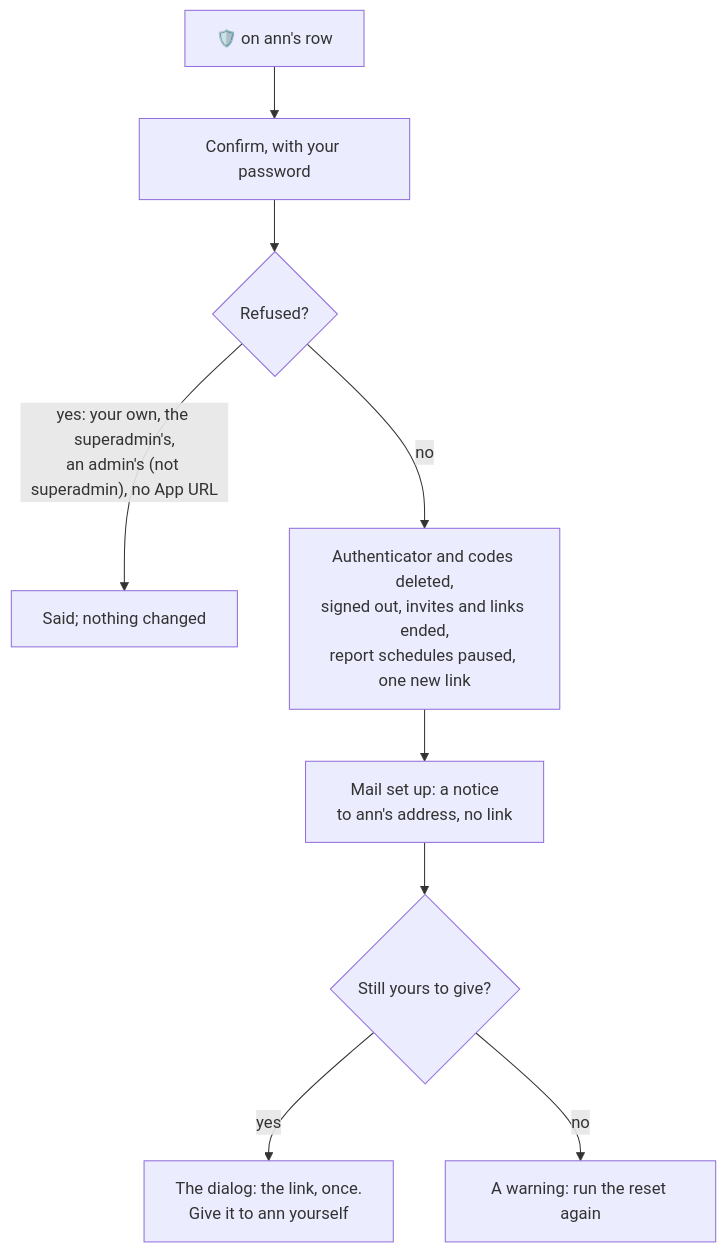
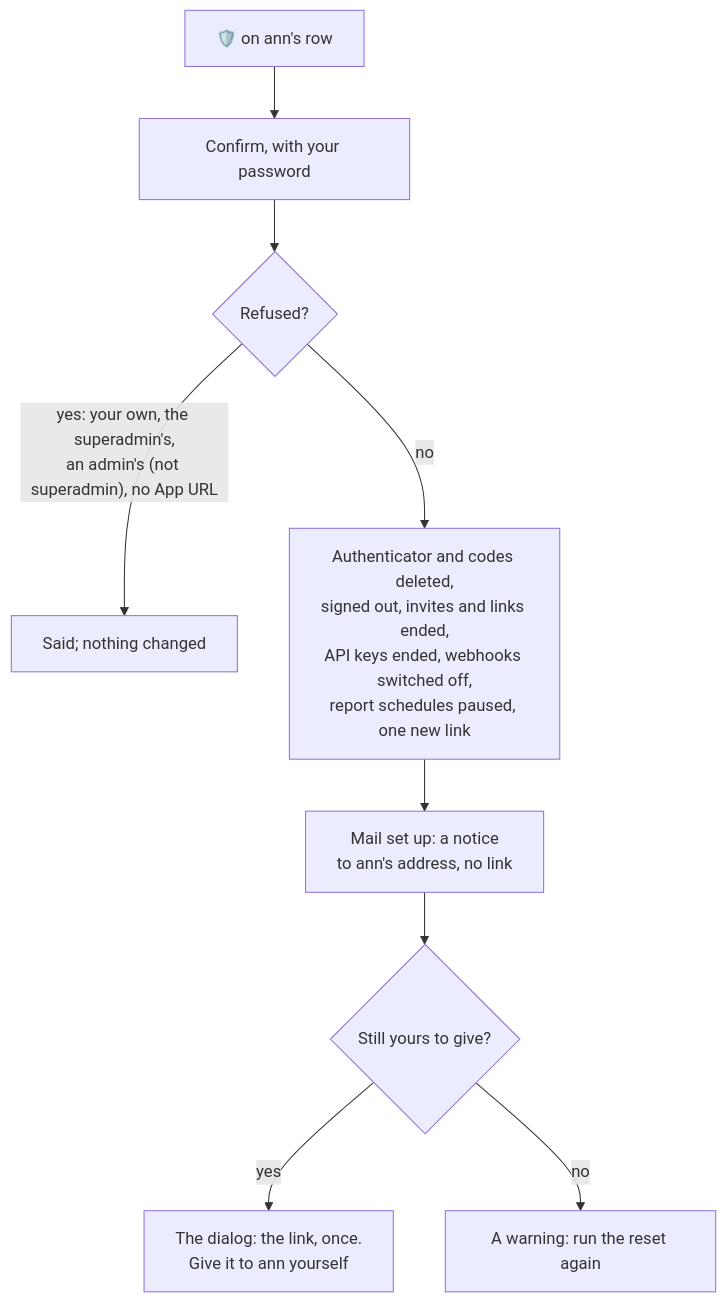
One commit to gitBoon/DumpFire changed the sixth of 22 diagrams in docs/admin-guide.md. Above: the diagram before and after it, drawn with Mermaid. The commit also changed other lines of this file and 29 other files, not shown here.

First line of the commit message:
feat!: an administrator's two-step reset ends the account's API keys and switches off its webhooks (2915)

````diff
--- a/docs/admin-guide.md
+++ b/docs/admin-guide.md
@@ -363,11 +366,11 @@
 ```mermaid
 flowchart TD
     Press["🛡️ on ann's row"] --> Ask["Confirm, with your password"]
     Ask --> Refused{"Refused?"}
     Refused -->|"yes: your own, the superadmin's,<br/>an admin's (not superadmin), no App URL"| Nothing["Said; nothing changed"]
-    Refused -->|"no"| Reset["Authenticator and codes deleted,<br/>signed out, invites and links ended,<br/>report schedules paused, one new link"]
+    Refused -->|"no"| Reset["Authenticator and codes deleted,<br/>signed out, invites and links ended,<br/>API keys ended, webhooks switched off,<br/>report schedules paused, one new link"]
     Reset --> Notice["Mail set up: a notice<br/>to ann's address, no link"]
     Notice --> Still{"Still yours to give?"}
     Still -->|"yes"| Dialog["The dialog: the link, once.<br/>Give it to ann yourself"]
     Still -->|"no"| Warn["A warning: run the reset again"]
 ```
````
